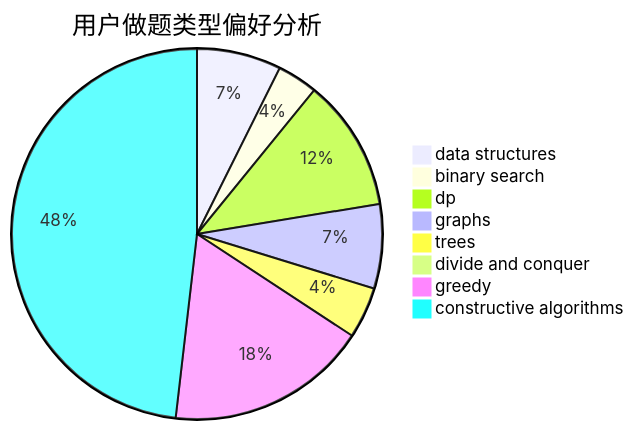
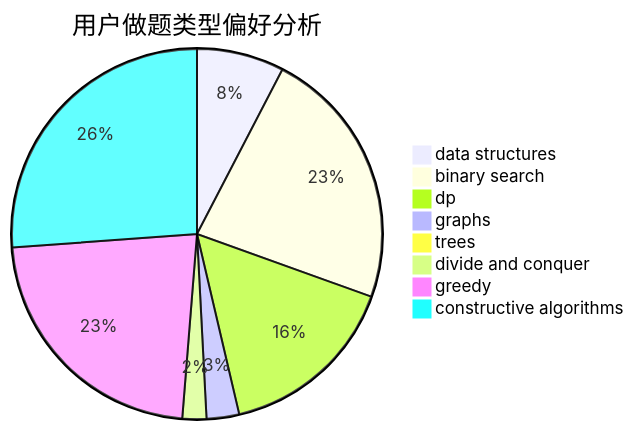
The second of 3 diagrams in docs/user/u338.md (sherpahu/cfrs.github.io), drawn with Mermaid before and after one commit. The commit also changed other lines of this file and 2770 other files, not shown here.

````diff
--- a/docs/user/u338.md
+++ b/docs/user/u338.md
@@ -23,11 +23,11 @@
 ```mermaid
 pie title 用户做题类型偏好分析
-    "data structures" :  46
-    "binary search" :  22
-    "dp" :  72
-    "graphs" :  46
-    "trees" :  28
-    "divide and conquer" :  0
-    "greedy" :  110
-    "constructive algorithms" :  301
+    "data structures" :  51
+    "binary search" :  153
+    "dp" :  106
+    "graphs" :  19
+    "trees" :  2
+    "divide and conquer" :  14
+    "greedy" :  151
+    "constructive algorithms" :  175
 ```
````
